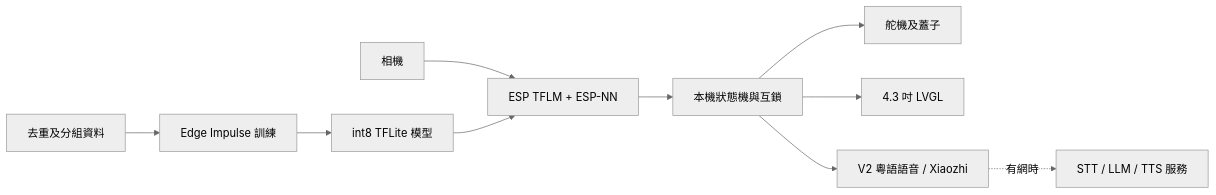
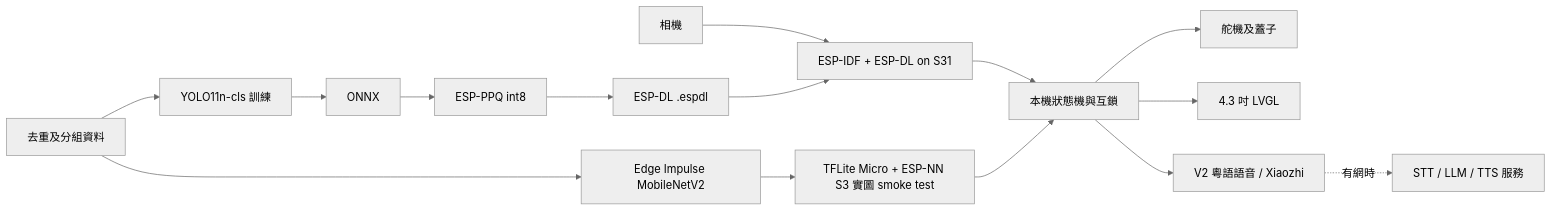
Before and after one commit to Bruiseunderskin/smart-trash-can: the diagram in docs/system-architecture-decision.md, drawn with Mermaid (neutral theme). The commit also changed other lines of this file and 6 other files, not shown here.

````diff
--- a/docs/system-architecture-decision.md
+++ b/docs/system-architecture-decision.md
@@ -11,12 +11,17 @@
 ```mermaid
 flowchart LR
-  D[去重及分組資料] --> T[Edge Impulse 訓練]
-  T --> M[int8 TFLite 模型]
-  C[相機] --> I[ESP TFLM + ESP-NN]
+  D[去重及分組資料] --> T[YOLO11n-cls 訓練]
+  T --> O[ONNX]
+  O --> Q[ESP-PPQ int8]
+  Q --> M[ESP-DL .espdl]
+  C[相機] --> I[ESP-IDF + ESP-DL on S31]
   M --> I
+  D --> E[Edge Impulse MobileNetV2]
+  E --> F[TFLite Micro + ESP-NN S3 實圖 smoke test]
   I --> S[本機狀態機與互鎖]
+  F --> S
   S --> L[舵機及蓋子]
   S --> U[4.3 吋 LVGL]
   S --> V[V2 粵語語音 / Xiaozhi]
   V -. 有網時 .-> A[STT / LLM / TTS 服務]
 ```
````
